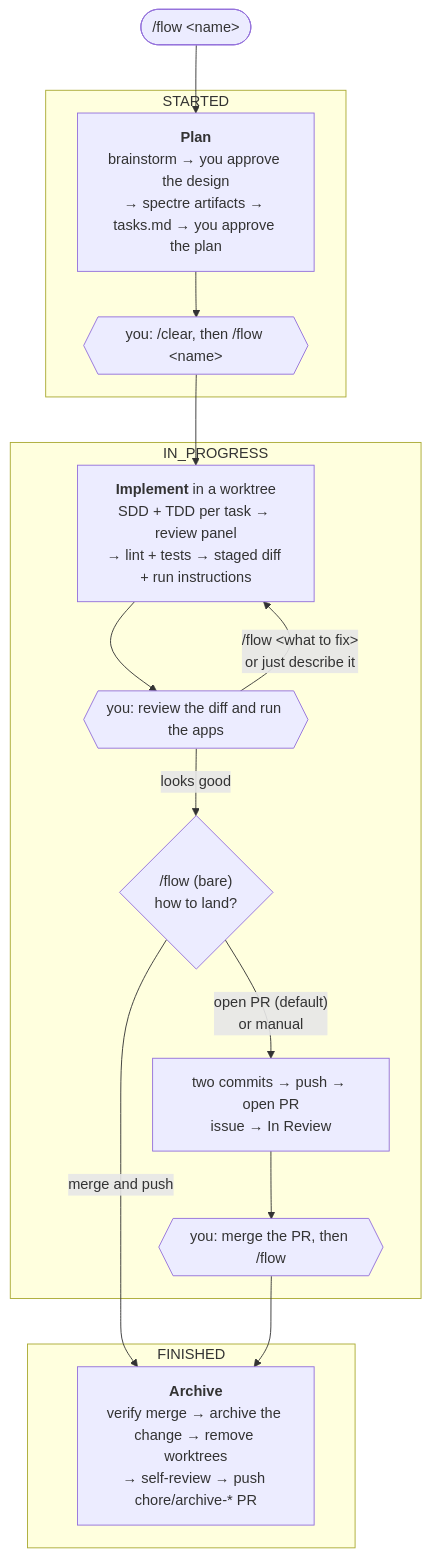
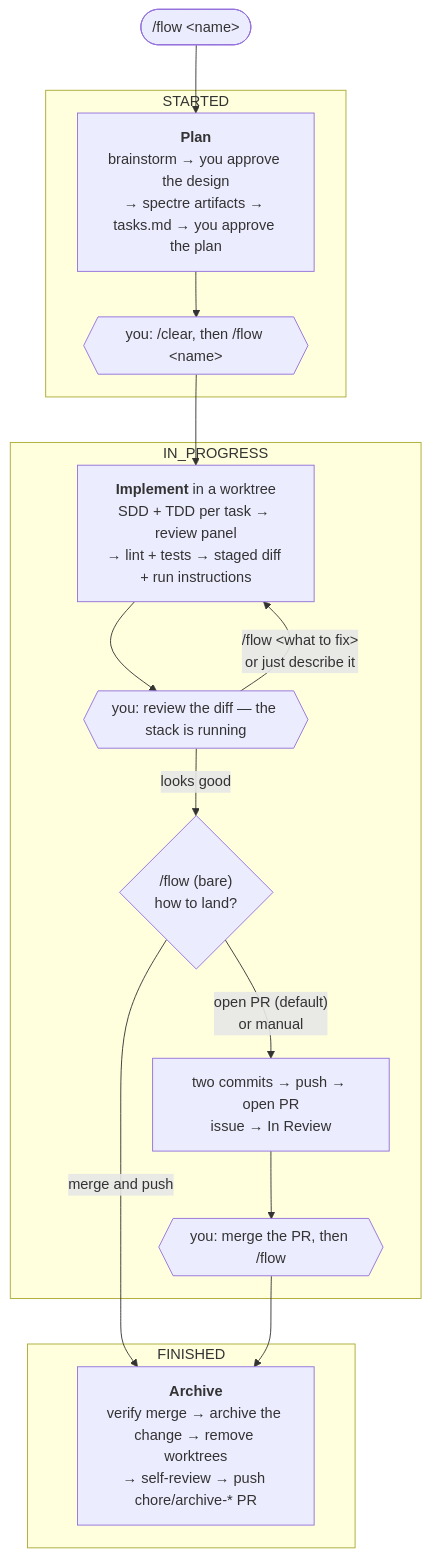
The diagram in README.md (tweety53/agents), drawn with Mermaid before and after one commit. The commit also changed 8 other files, not shown here.

First line of the commit message:
fix(flow): close the coverage gaps review found in the reconciled copies (KAN-853)

````diff
--- a/README.md
+++ b/README.md
@@ -61,32 +61,32 @@
 ```mermaid
 flowchart TD
     kick(["/flow #lt;name#gt;"]) --> plan
 
     subgraph S1 ["STARTED"]
         plan["<b>Plan</b><br/>brainstorm → you approve the design<br/>→ spectre artifacts → tasks.md → you approve the plan"]
         g1{{"you: /clear, then /flow #lt;name#gt;"}}
         plan --> g1
     end
 
     g1 --> impl
 
     subgraph S2 ["IN_PROGRESS"]
         impl["<b>Implement</b> in a worktree<br/>SDD + TDD per task → review panel<br/>→ lint + tests → staged diff + run instructions"]
-        g2{{"you: review the diff and run the apps"}}
+        g2{{"you: review the diff — the stack is running"}}
         land{"/flow (bare)<br/>how to land?"}
         pr["two commits → push → open PR<br/>issue → In Review"]
         g3{{"you: merge the PR, then /flow"}}
         impl --> g2
         g2 -- "/flow #lt;what to fix#gt;<br/>or just describe it" --> impl
         g2 -- "looks good" --> land
         land -- "open PR (default)<br/>or manual" --> pr
         pr --> g3
     end
 
     subgraph S3 ["FINISHED"]
         archive["<b>Archive</b><br/>verify merge → archive the change → remove worktrees<br/>→ self-review → push chore/archive-* PR"]
     end
 
     land -- "merge and push" --> archive
     g3 --> archive
 ```
````
